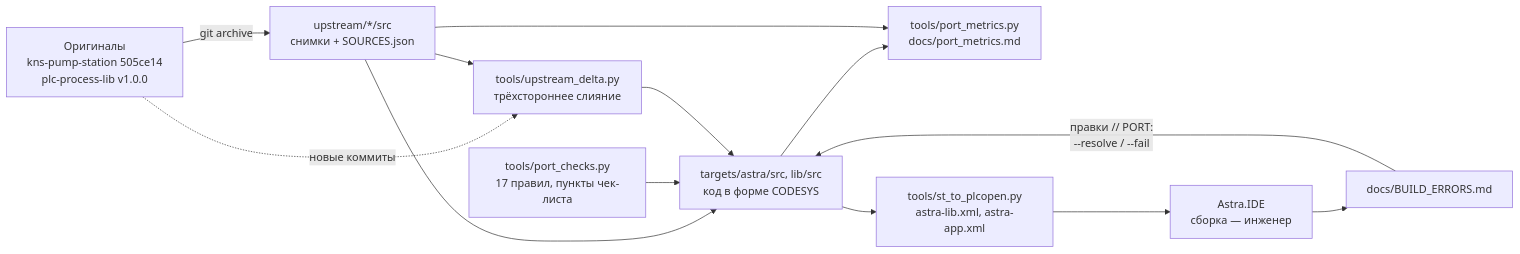
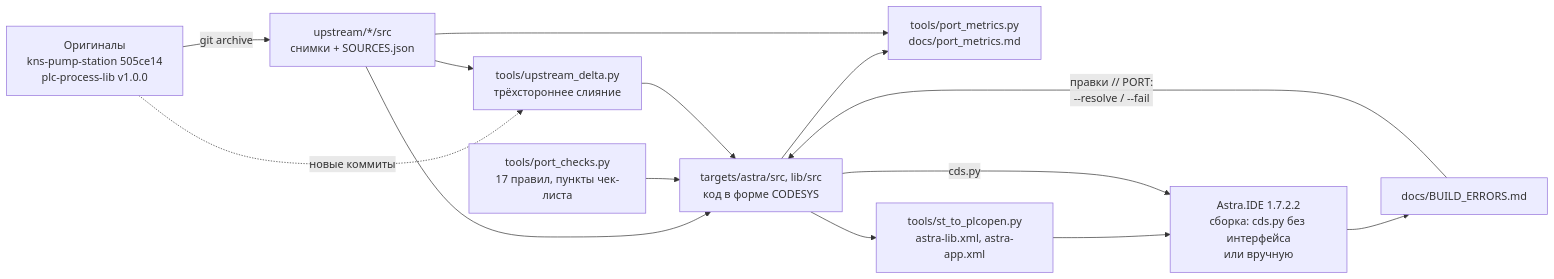
One commit to kr0nsch/kns-port-domestic changed the diagram in README.md. Above: the diagram before and after it, drawn with Mermaid. The commit also changed other lines of this file and 195 other files, not shown here.

First line of the commit message:
docs(astra): сборка в Astra.IDE 1.7.2.2 без ошибок — журнал, подтверждённые пункты

````diff
--- a/README.md
+++ b/README.md
@@ -208,14 +224,15 @@
 ```mermaid
 flowchart LR
     orig["Оригиналы<br/>kns-pump-station 505ce14<br/>plc-process-lib v1.0.0"] -- "git archive" --> up["upstream/*/src<br/>снимки + SOURCES.json"]
     up --> tgt["targets/astra/src, lib/src<br/>код в форме CODESYS"]
     rules["tools/port_checks.py<br/>17 правил, пункты чек-листа"] --> tgt
     tgt --> pm["tools/port_metrics.py<br/>docs/port_metrics.md"]
     up --> pm
     tgt --> xml["tools/st_to_plcopen.py<br/>astra-lib.xml, astra-app.xml"]
-    xml --> ide["Astra.IDE<br/>сборка — инженер"]
+    xml --> ide["Astra.IDE 1.7.2.2<br/>сборка: cds.py без интерфейса<br/>или вручную"]
+    tgt -- "cds.py" --> ide
     ide --> be["docs/BUILD_ERRORS.md"]
     be -- "правки // PORT:<br/>--resolve / --fail" --> tgt
     orig -. "новые коммиты" .-> delta["tools/upstream_delta.py<br/>трёхстороннее слияние"]
     up --> delta --> tgt
 ```
````
